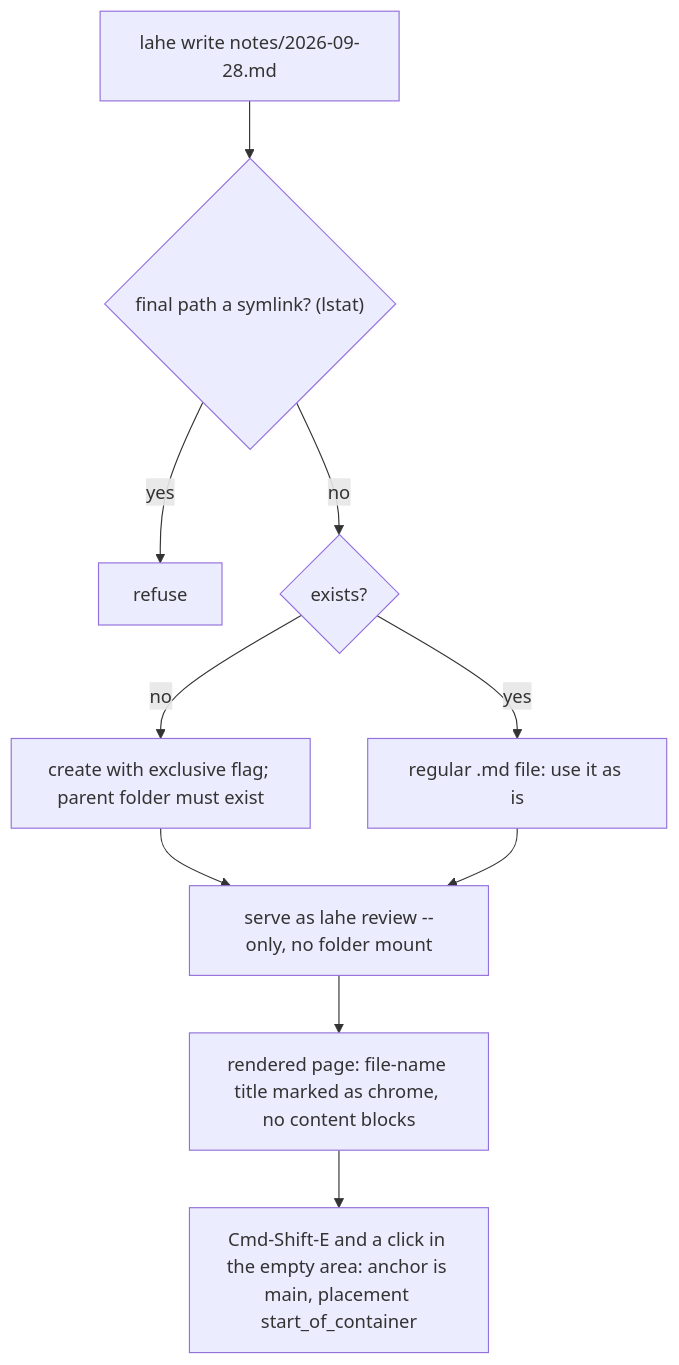
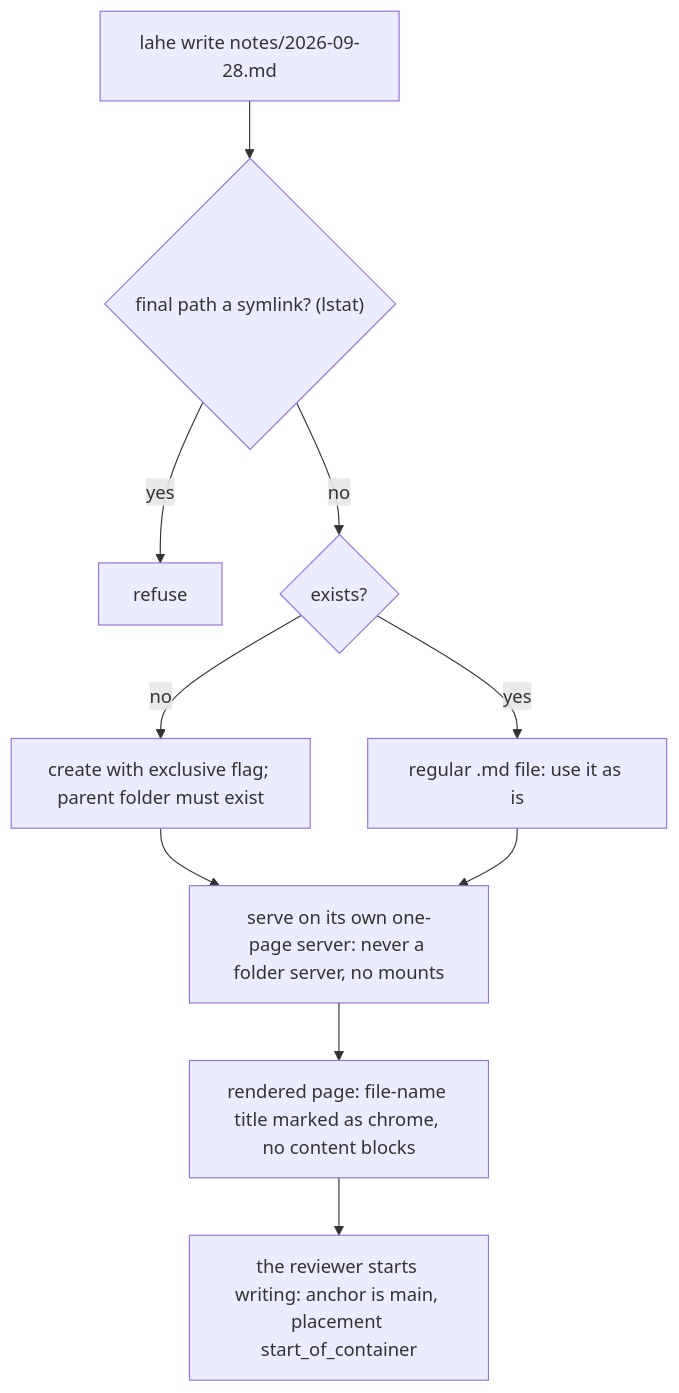
One commit to kenxle/live-agentic-html-editor changed the third of 4 diagrams in docs/features/20260928.01_free_writing/02_architecture_free_writing.md. Above: the diagram before and after it, drawn with Mermaid. The commit also changed other lines of this file and 3 other files, not shown here.

Commit message:
Free writing: plan reviews integrated (100 accepted, 1 rejected to the board, 5 to Ken); architecture back-patched

````diff
--- a/docs/features/20260928.01_free_writing/02_architecture_free_writing.md
+++ b/docs/features/20260928.01_free_writing/02_architecture_free_writing.md
@@ -233,12 +257,12 @@
 ```mermaid
 flowchart TD
   W["lahe write notes/2026-09-28.md"] --> S{"final path a symlink? (lstat)"}
   S -- yes --> RF[refuse]
   S -- no --> X{exists?}
   X -- no --> C["create with exclusive flag; parent folder must exist"]
   X -- yes --> V[regular .md file: use it as is]
-  C --> RV["serve as lahe review --only, no folder mount"]
+  C --> RV["serve on its own one-page server: never a folder server, no mounts"]
   V --> RV
   RV --> PG["rendered page: file-name title marked as chrome, no content blocks"]
-  PG --> ED["Cmd-Shift-E and a click in the empty area: anchor is main, placement start_of_container"]
+  PG --> ED["the reviewer starts writing: anchor is main, placement start_of_container"]
 ```
````
